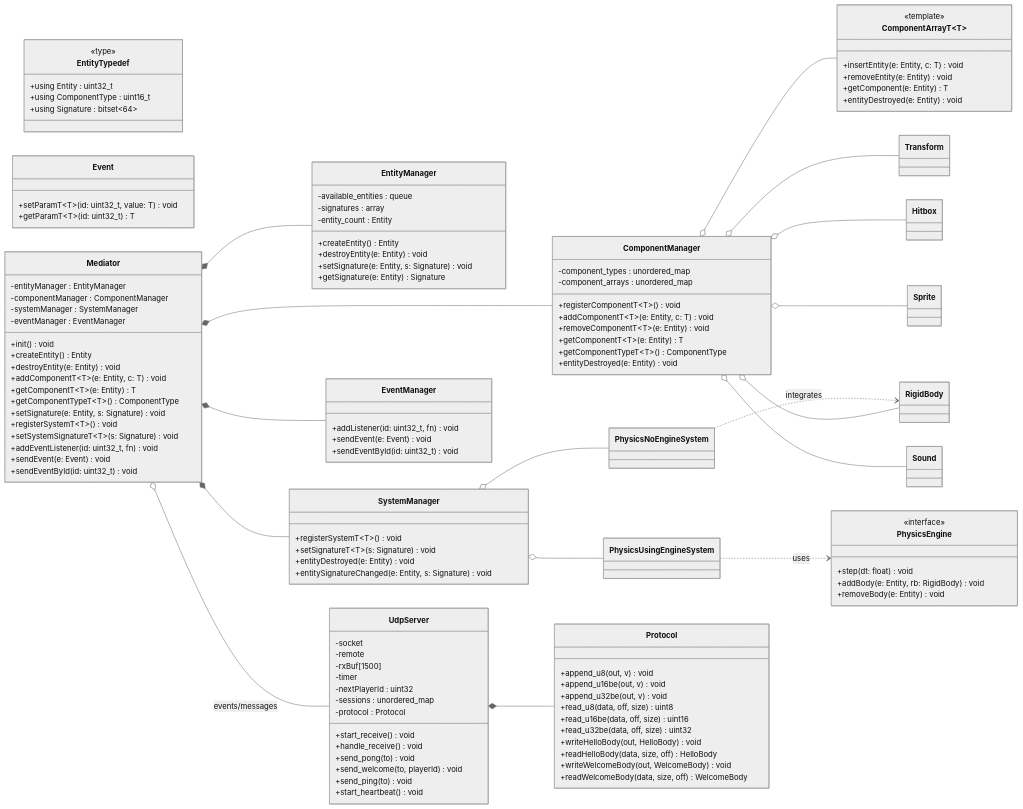
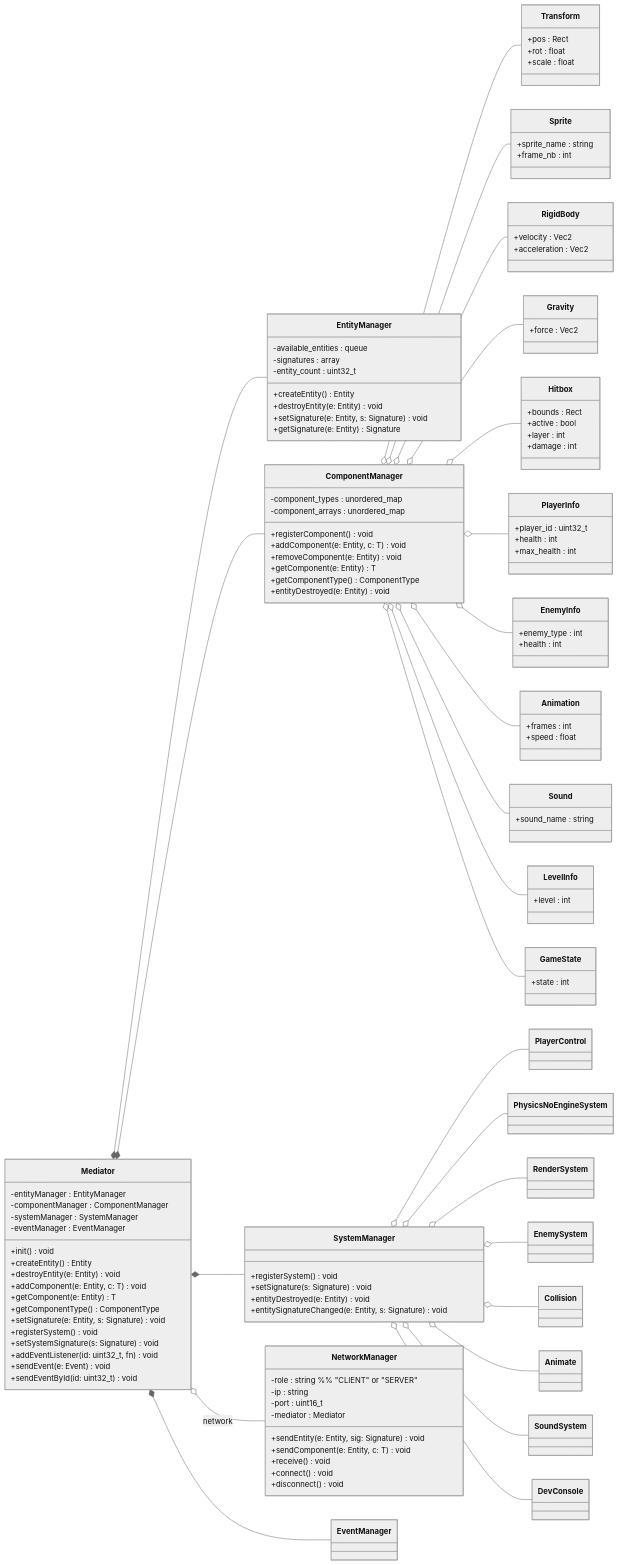
The diagram in README.md (Jeami-s-Orga-Tek/R-TYPE), drawn with Mermaid (neutral theme) before and after one commit. The commit also changed other lines of this file and 1 other file, not shown here.

Commit message:
[FIX] Fixed inacurracies with README file

````diff
--- a/README.md
+++ b/README.md
@@ -147,151 +150,127 @@
 ```mermaid
 classDiagram
-direction LR
-class EntityTypedef {
-    +using Entity : uint32_t
-    +using ComponentType : uint16_t
-    +using Signature : bitset~64~
-}
+    direction LR
+    class EntityManager {
+        -available_entities : queue
+        -signatures : array
+        -entity_count : uint32_t
+        +createEntity() Entity
+        +destroyEntity(e: Entity) void
+        +setSignature(e: Entity, s: Signature) void
+        +getSignature(e: Entity) Signature
+    }
+    class ComponentManager {
+        -component_types : unordered_map
+        -component_arrays : unordered_map
+        +registerComponent<T>() void
+        +addComponent<T>(e: Entity, c: T) void
+        +removeComponent<T>(e: Entity) void
+        +getComponent<T>(e: Entity) T
+        +getComponentType<T>() ComponentType
+        +entityDestroyed(e: Entity) void
+    }
+    class SystemManager {
+        +registerSystem<T>() void
+        +setSignature<T>(s: Signature) void
+        +entityDestroyed(e: Entity) void
+        +entitySignatureChanged(e: Entity, s: Signature) void
+    }
+    class Mediator {
+        -entityManager : EntityManager
+        -componentManager : ComponentManager
+        -systemManager : SystemManager
+        -eventManager : EventManager
+        +init() void
+        +createEntity() Entity
+        +destroyEntity(e: Entity) void
+        +addComponent<T>(e: Entity, c: T) void
+        +getComponent<T>(e: Entity) T
+        +getComponentType<T>() ComponentType
+        +setSignature(e: Entity, s: Signature) void
+        +registerSystem<T>() void
+        +setSystemSignature<T>(s: Signature) void
+        +addEventListener(id: uint32_t, fn) void
+        +sendEvent(e: Event) void
+        +sendEventById(id: uint32_t) void
+    }
+    class NetworkManager {
+        -role : string %% "CLIENT" or "SERVER"
+        -ip : string
+        -port : uint16_t
+        -mediator : Mediator
+        +sendEntity(e: Entity, sig: Signature) void
+        +sendComponent<T>(e: Entity, c: T) void
+        +receive() void
+        +connect() void
+        +disconnect() void
+    }
+    class Transform {
+        +pos : Rect
+        +rot : float
+        +scale : float
+    }
+    class Sprite {
+        +sprite_name : string
+        +frame_nb : int
+    }
+    class RigidBody {
+        +velocity : Vec2
+        +acceleration : Vec2
+    }
+    class Gravity {
+        +force : Vec2
+    }
+    class Hitbox {
+        +bounds : Rect
+        +active : bool
+        +layer : int
+        +damage : int
+    }
+    class PlayerInfo {
+        +player_id : uint32_t
+        +health : int
+        +max_health : int
+    }
+    class EnemyInfo {
+        +enemy_type : int
+        +health : int
+    }
+    class Animation {
+        +frames : int
+        +speed : float
+    }
+    class Sound {
+        +sound_name : string
+    }
+    class LevelInfo {
+        +level : int
+    }
+    class GameState {
+        +state : int
+    }
 
-class EntityManager {
-    -available_entities : queue
-    -signatures : array
-    -entity_count : Entity
-    +createEntity() Entity
-    +destroyEntity(e: Entity) void
-    +setSignature(e: Entity, s: Signature) void
-    +getSignature(e: Entity) Signature
-}
-
-class ComponentArrayT~T~ {
-    +insertEntity(e: Entity, c: T) void
-    +removeEntity(e: Entity) void
-    +getComponent(e: Entity) T
-    +entityDestroyed(e: Entity) void
-}
-
-class ComponentManager {
-    -component_types : unordered_map
-    -component_arrays : unordered_map
-    +registerComponentT~T~() void
-    +addComponentT~T~(e: Entity, c: T) void
-    +removeComponentT~T~(e: Entity) void
-    +getComponentT~T~(e: Entity) T
-    +getComponentTypeT~T~() ComponentType
-    +entityDestroyed(e: Entity) void
-}
-
-class SystemManager {
-    +registerSystemT~T~() void
-    +setSignatureT~T~(s: Signature) void
-    +entityDestroyed(e: Entity) void
-    +entitySignatureChanged(e: Entity, s: Signature) void
-}
-
-class Event {
-    +setParamT~T~(id: uint32_t, value: T) void
-    +getParamT~T~(id: uint32_t) T
-}
-
-class EventManager {
-    +addListener(id: uint32_t, fn) void
-    +sendEvent(e: Event) void
-    +sendEventById(id: uint32_t) void
-}
-
-class Mediator {
-    -entityManager : EntityManager
-    -componentManager : ComponentManager
-    -systemManager : SystemManager
-    -eventManager : EventManager
-    +init() void
-    +createEntity() Entity
-    +destroyEntity(e: Entity) void
-    +addComponentT~T~(e: Entity, c: T) void
-    +getComponentT~T~(e: Entity) T
-    +getComponentTypeT~T~() ComponentType
-    +setSignature(e: Entity, s: Signature) void
-    +registerSystemT~T~() void
-    +setSystemSignatureT~T~(s: Signature) void
-    +addEventListener(id: uint32_t, fn) void
-    +sendEvent(e: Event) void
-    +sendEventById(id: uint32_t) void
-}
-
-class Transform {
-}
-
-class RigidBody {
-}
-
-class Hitbox {
-}
-
-class Sprite {
-}
-
-class Sound {
-}
-
-class PhysicsEngine {
-    +step(dt: float) void
-    +addBody(e: Entity, rb: RigidBody) void
-    +removeBody(e: Entity) void
-}
-
-class PhysicsUsingEngineSystem {
-}
-
-class PhysicsNoEngineSystem {
-}
-
-class Protocol {
-    +append_u8(out, v) void
-    +append_u16be(out, v) void
-    +append_u32be(out, v) void
-    +read_u8(data, off, size) uint8
-    +read_u16be(data, off, size) uint16
-    +read_u32be(data, off, size) uint32
-    +writeHelloBody(out, HelloBody) void
-    +readHelloBody(data, size, off) HelloBody
-    +writeWelcomeBody(out, WelcomeBody) void
-    +readWelcomeBody(data, size, off) WelcomeBody
-}
-
-class UdpServer {
-    -socket
-    -remote
-    -rxBuf[1500]
-    -timer
-    -nextPlayerId : uint32
-    -sessions : unordered_map
-    -protocol : Protocol
-    +start_receive() void
-    +handle_receive() void
-    +send_pong(to) void
-    +send_welcome(to, playerId) void
-    +send_ping(to) void
-    +start_heartbeat() void
-}
-
-<<type>> EntityTypedef
-<<template>> ComponentArrayT
-<<interface>> PhysicsEngine
-
-Mediator *-- EntityManager
-Mediator *-- ComponentManager
-Mediator *-- SystemManager
-Mediator *-- EventManager
-ComponentManager o-- ComponentArrayT
-ComponentManager o-- Transform
-ComponentManager o-- RigidBody
-ComponentManager o-- Hitbox
-ComponentManager o-- Sprite
-ComponentManager o-- Sound
-SystemManager o-- PhysicsUsingEngineSystem
-SystemManager o-- PhysicsNoEngineSystem
-PhysicsUsingEngineSystem ..> PhysicsEngine : uses
-PhysicsNoEngineSystem ..> RigidBody : integrates
-UdpServer *-- Protocol
-Mediator o-- UdpServer : events/messages
+    Mediator *-- EntityManager
+    Mediator *-- ComponentManager
+    Mediator *-- SystemManager
+    Mediator *-- EventManager
+    Mediator o-- NetworkManager : network
+    ComponentManager o-- Transform
+    ComponentManager o-- Sprite
+    ComponentManager o-- RigidBody
+    ComponentManager o-- Gravity
+    ComponentManager o-- Hitbox
+    ComponentManager o-- PlayerInfo
+    ComponentManager o-- EnemyInfo
+    ComponentManager o-- Animation
+    ComponentManager o-- Sound
+    ComponentManager o-- LevelInfo
+    ComponentManager o-- GameState
+    SystemManager o-- PlayerControl
+    SystemManager o-- PhysicsNoEngineSystem
+    SystemManager o-- RenderSystem
+    SystemManager o-- EnemySystem
+    SystemManager o-- Collision
+    SystemManager o-- Animate
+    SystemManager o-- SoundSystem
+    SystemManager o-- DevConsole
 ```
````
